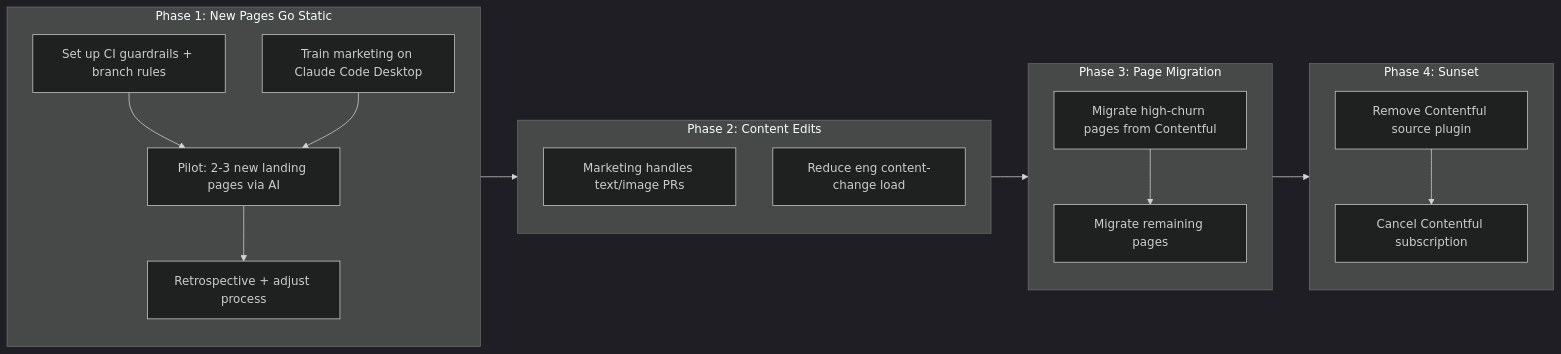
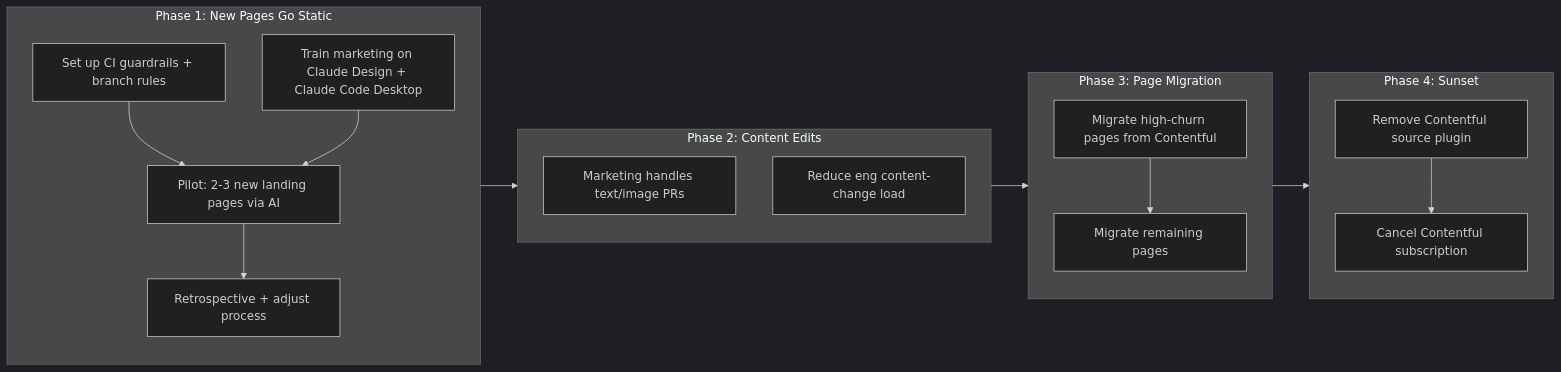
One commit to phil-inc/phil-us-contentful changed the ninth of 13 diagrams in docs/proposal-remove-contentful.md. Above: the diagram before and after it, drawn with Mermaid (dark theme). The commit also changed other lines of this file, not shown here.

First line of the commit message:
docs: consistently reference Claude Design + Claude Code Desktop together

````diff
--- a/docs/proposal-remove-contentful.md
+++ b/docs/proposal-remove-contentful.md
@@ -215,31 +220,31 @@
 ```mermaid
 flowchart LR
     subgraph p1["Phase 1: New Pages Go Static"]
         P1A["Set up CI guardrails + branch rules"]
-        P1B["Train marketing on Claude Code Desktop"]
+        P1B["Train marketing on Claude Design + Claude Code Desktop"]
         P1C["Pilot: 2-3 new landing pages via AI"]
         P1D["Retrospective + adjust process"]
         P1A --> P1C
         P1B --> P1C
         P1C --> P1D
     end
 
     subgraph p2["Phase 2: Content Edits"]
         P2A["Marketing handles text/image PRs"]
         P2B["Reduce eng content-change load"]
     end
 
     subgraph p3["Phase 3: Page Migration"]
         P3A["Migrate high-churn pages from Contentful"]
         P3B["Migrate remaining pages"]
         P3A --> P3B
     end
 
     subgraph p4["Phase 4: Sunset"]
         P4A["Remove Contentful source plugin"]
         P4B["Cancel Contentful subscription"]
         P4A --> P4B
     end
 
     p1 --> p2 --> p3 --> p4
 ```
````
